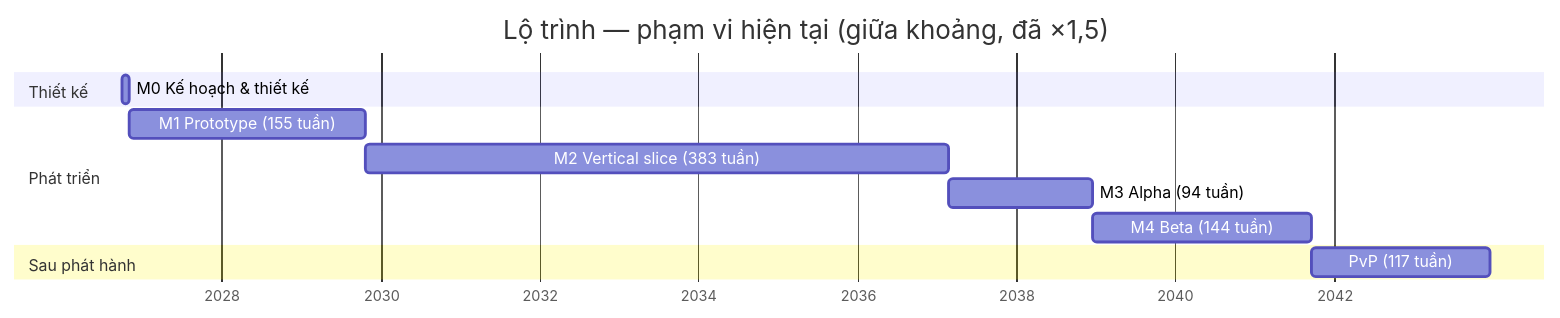
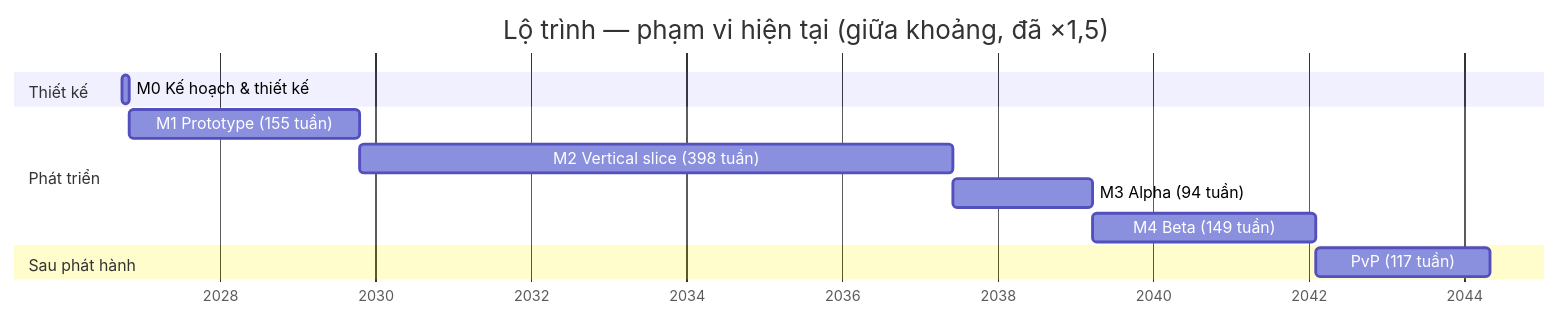
Before and after one commit to w-vi-khang/my-game: the diagram in design/05-roadmap.md, drawn with Mermaid. The commit also changed other lines of this file and 9 other files, not shown here.

Commit message:
design: kết "Chấp nhận", NPC không phải người, tinh linh hỗ trợ (nâng cấp bằng mảnh ký ức), vài cutscene; roadmap tính lại

````diff
--- a/design/05-roadmap.md
+++ b/design/05-roadmap.md
@@ -72,15 +72,15 @@
 ```mermaid
 gantt
     title Lộ trình — phạm vi hiện tại (giữa khoảng, đã ×1,5)
     dateFormat YYYY-MM-DD
     axisFormat %Y
     section Thiết kế
     M0 Kế hoạch & thiết kế        :m0, 2026-10-01, 32d
     section Phát triển
     M1 Prototype (155 tuần)        :m1, after m0, 1084d
-    M2 Vertical slice (383 tuần)   :m2, after m1, 2684d
+    M2 Vertical slice (398 tuần)   :m2, after m1, 2785d
     M3 Alpha (94 tuần)             :m3, after m2, 659d
-    M4 Beta (144 tuần)             :m4, after m3, 1008d
+    M4 Beta (149 tuần)             :m4, after m3, 1046d
     section Sau phát hành
     PvP (117 tuần)                 :pvp, after m4, 819d
 ```
````
